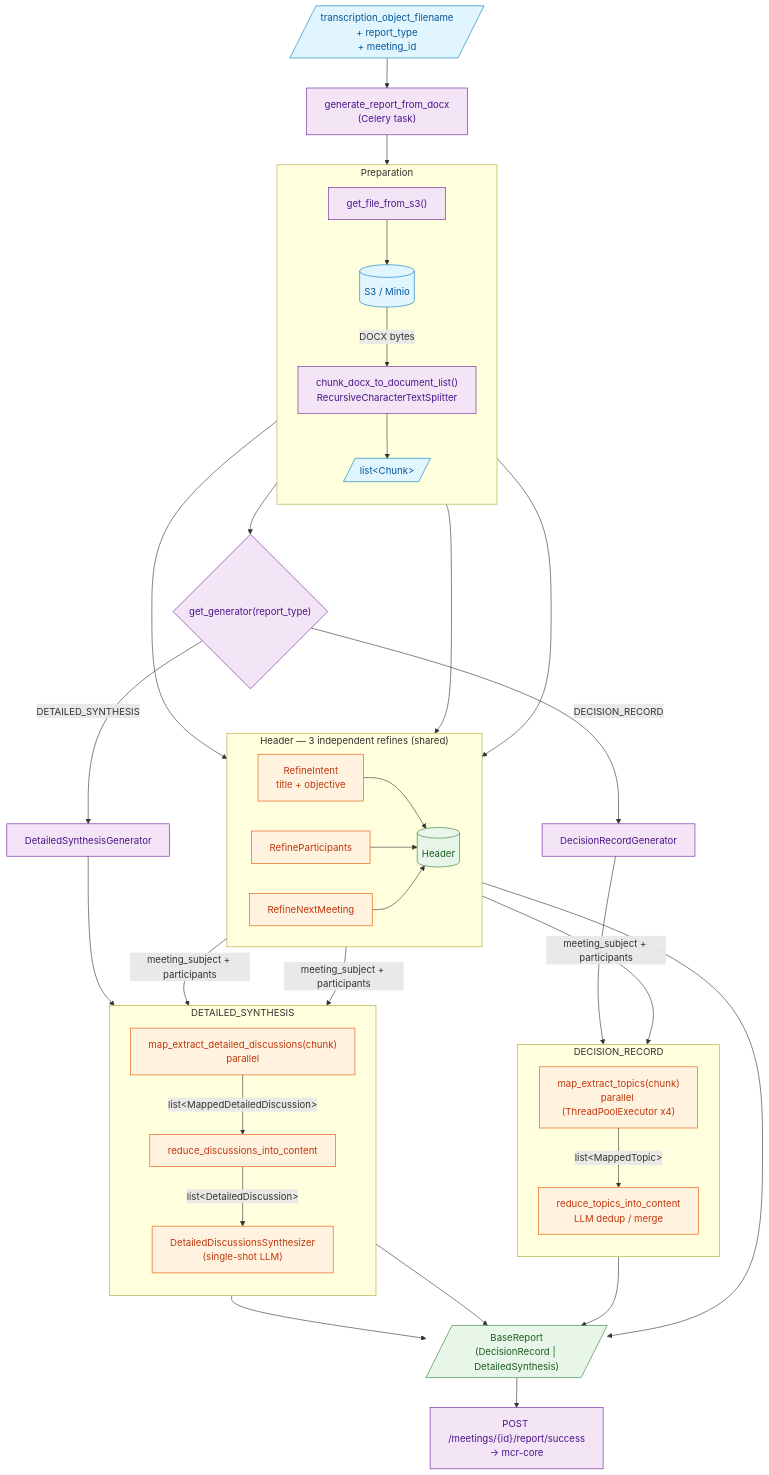
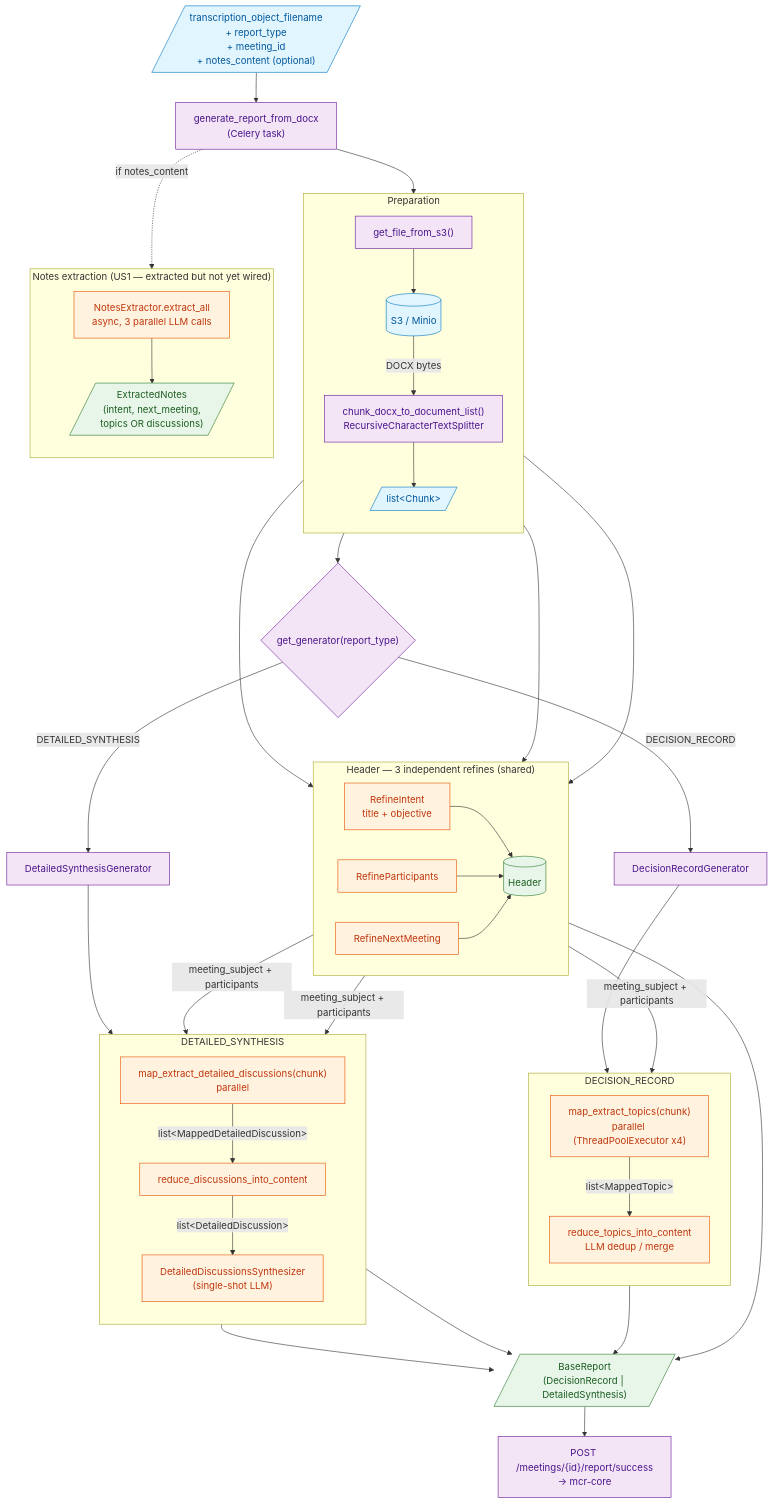
One commit to IA-Generative/mcr changed the diagram in mcr-generation/mcr_generation/docs/generation_pipeline.md. Above: the diagram before and after it, drawn with Mermaid. The commit also changed other lines of this file, not shown here.

Commit message:
:books: (634): document notes_content input and NotesExtractor stage
Adds notes_content to the Input / Output table and surfaces the
NotesExtractor stage as a dashed subgraph in the Mermaid pipeline
diagram. The output (ExtractedNotes) is intentionally not wired into
the downstream generators yet — that's US3-US6.

```diff
--- a/mcr-generation/mcr_generation/docs/generation_pipeline.md
+++ b/mcr-generation/mcr_generation/docs/generation_pipeline.md
@@ -29,7 +30,7 @@
     classDef out fill:#e8f5e9,stroke:#2e7d32,color:#1b5e20
 
     %% Input
-    IN[/"transcription_object_filename<br/>+ report_type<br/>+ meeting_id"/]:::io
+    IN[/"transcription_object_filename<br/>+ report_type<br/>+ meeting_id<br/>+ notes_content (optional)"/]:::io
     IN --> TASK["generate_report_from_docx<br/>(Celery task)"]:::proc
 
     %% Preparation
@@ -42,6 +43,16 @@
       FETCH --> S3 -->|"DOCX bytes"| CHUNK --> CHUNKS
     end
     TASK --> FETCH
+
+    %% Notes extraction (introduced in US1 — output not yet consumed by generators)
+    subgraph NOTES["Notes extraction (US1 — extracted but not yet wired)"]
+      direction TB
+      NX["NotesExtractor.extract_all<br/>async, 3 parallel LLM calls"]:::llm
+      EN[/"ExtractedNotes<br/>(intent, next_meeting,<br/>topics OR discussions)"/]:::out
+      NX --> EN
+    end
+    TASK -.->|"if notes_content"| NX
+    %% TODO US3-US6: wire EN into RI / RN / M1 / M2.
 
     %% Header (shared — same logic regardless of report_type)
     subgraph HEADER["Header — 3 independent refines (shared)"]
```
